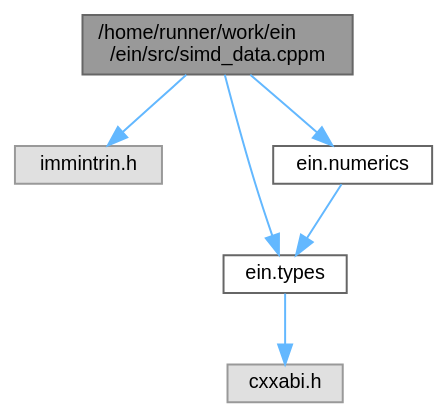
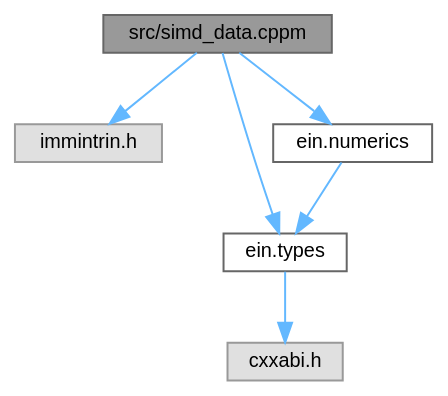
The diagram in de/d94/simd__data_8cppm__incl.dot (ekmett/ein), drawn with Graphviz before and after one commit. The commit also changed 79 other files, not shown here.

```diff
--- a/de/d94/simd__data_8cppm__incl.dot
+++ b/de/d94/simd__data_8cppm__incl.dot
@@ -1,17 +1,17 @@
-digraph "/home/runner/work/ein/ein/src/simd_data.cppm"
+digraph "src/simd_data.cppm"
 {
  // LATEX_PDF_SIZE
   bgcolor="transparent";
   edge [fontname=Helvetica,fontsize=10,labelfontname=Helvetica,labelfontsize=10];
   node [fontname=Helvetica,fontsize=10,shape=box,height=0.2,width=0.4];
-  Node1 [id="Node000001",label="/home/runner/work/ein\l/ein/src/simd_data.cppm",height=0.2,width=0.4,color="gray40", fillcolor="grey60", style="filled", fontcolor="black",tooltip=" "];
+  Node1 [id="Node000001",label="src/simd_data.cppm",height=0.2,width=0.4,color="gray40", fillcolor="grey60", style="filled", fontcolor="black",tooltip=" "];
   Node1 -> Node2 [id="edge1_Node000001_Node000002",color="steelblue1",style="solid",tooltip=" "];
   Node2 [id="Node000002",label="immintrin.h",height=0.2,width=0.4,color="grey60", fillcolor="#E0E0E0", style="filled",tooltip=" "];
   Node1 -> Node3 [id="edge2_Node000001_Node000003",color="steelblue1",style="solid",tooltip=" "];
   Node3 [id="Node000003",label="ein.types",height=0.2,width=0.4,color="grey40", fillcolor="white", style="filled",URL="$d8/dcb/types_8cppm.html",tooltip=" "];
   Node3 -> Node4 [id="edge3_Node000003_Node000004",color="steelblue1",style="solid",tooltip=" "];
   Node4 [id="Node000004",label="cxxabi.h",height=0.2,width=0.4,color="grey60", fillcolor="#E0E0E0", style="filled",tooltip=" "];
   Node1 -> Node5 [id="edge4_Node000001_Node000005",color="steelblue1",style="solid",tooltip=" "];
   Node5 [id="Node000005",label="ein.numerics",height=0.2,width=0.4,color="grey40", fillcolor="white", style="filled",URL="$d5/d65/numerics_8cppm.html",tooltip=" "];
   Node5 -> Node3 [id="edge5_Node000005_Node000003",color="steelblue1",style="solid",tooltip=" "];
 }
```
